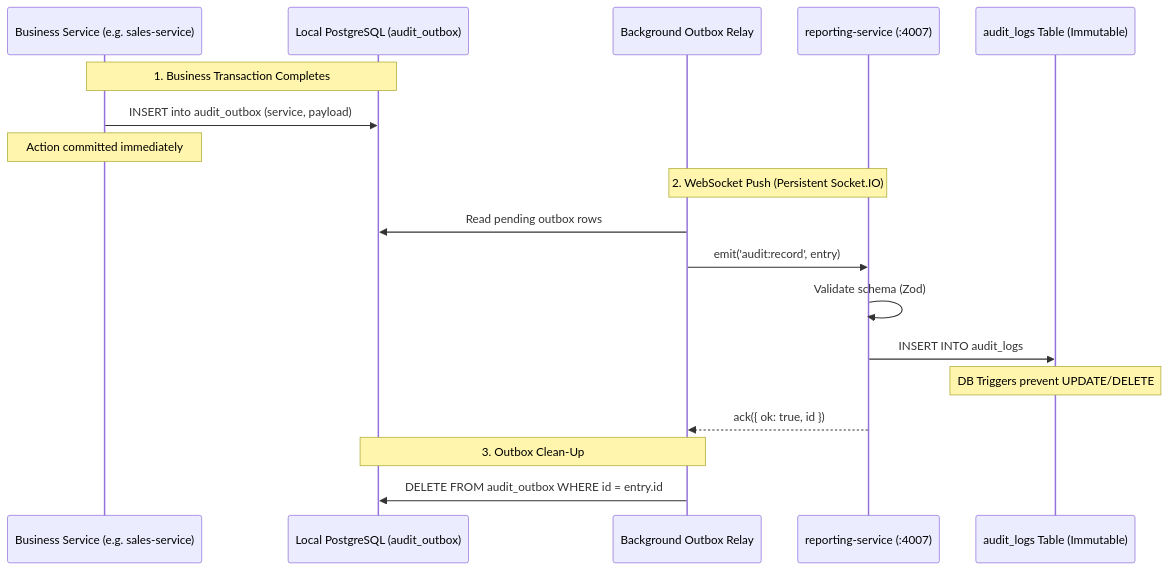
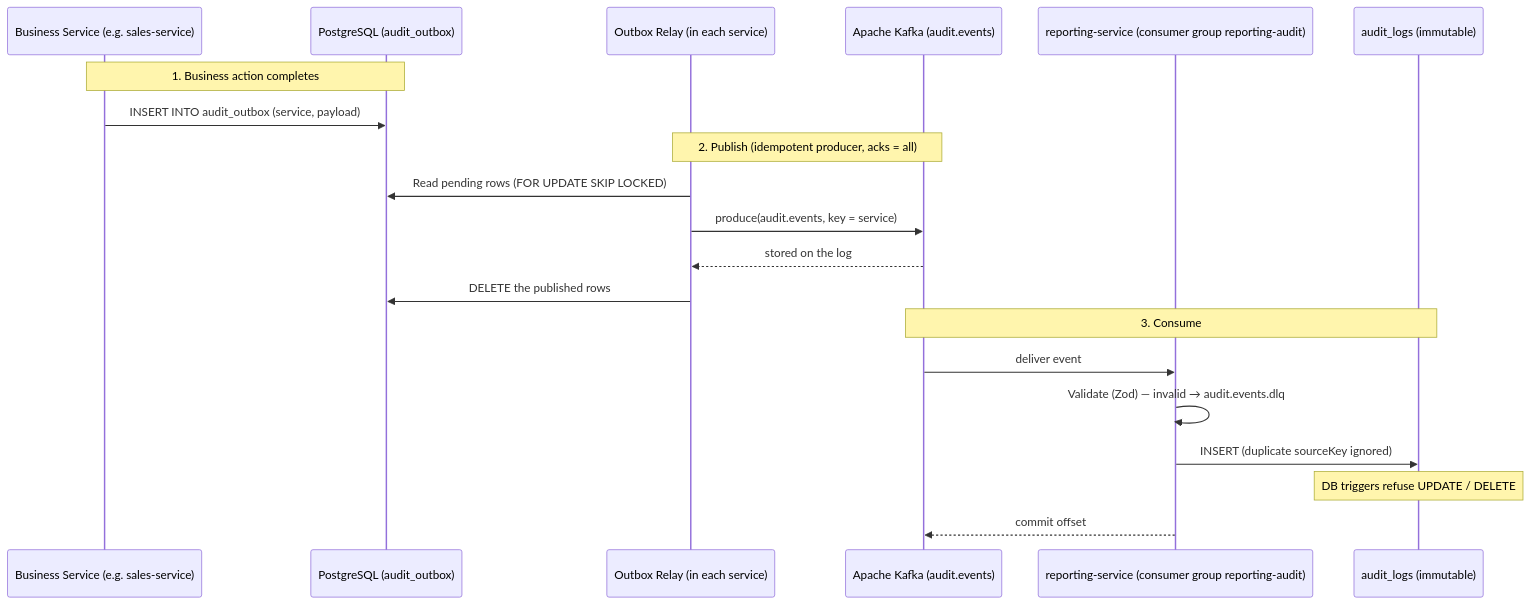
Before and after one commit to Amir3356/Multi-Branch-Supermarket-Inventory-Management-System: the second of 3 diagrams in README.md, drawn with Mermaid. The commit also changed other lines of this file and 157 other files, not shown here.

````diff
--- a/README.md
+++ b/README.md
@@ -187,23 +225,25 @@
 ```mermaid
 sequenceDiagram
     participant S as Business Service (e.g. sales-service)
-    participant DB as Local PostgreSQL (audit_outbox)
-    participant Relay as Background Outbox Relay
-    participant RS as reporting-service (:4007)
-    participant AL as audit_logs Table (Immutable)
+    participant DB as PostgreSQL (audit_outbox)
+    participant Relay as Outbox Relay (in each service)
+    participant K as Apache Kafka (audit.events)
+    participant RS as reporting-service (consumer group reporting-audit)
+    participant AL as audit_logs (immutable)
 
-    Note over S,DB: 1. Business Transaction Completes
-    S->>DB: INSERT into audit_outbox (service, payload)
-    Note over S: Action committed immediately
+    Note over S,DB: 1. Business action completes
+    S->>DB: INSERT INTO audit_outbox (service, payload)
 
-    Note over Relay,RS: 2. WebSocket Push (Persistent Socket.IO)
-    Relay->>DB: Read pending outbox rows
-    Relay->>RS: emit('audit:record', entry)
-    RS->>RS: Validate schema (Zod)
-    RS->>AL: INSERT INTO audit_logs
-    Note over AL: DB Triggers prevent UPDATE/DELETE
-    RS-->>Relay: ack({ ok: true, id })
+    Note over Relay,K: 2. Publish (idempotent producer, acks = all)
+    Relay->>DB: Read pending rows (FOR UPDATE SKIP LOCKED)
+    Relay->>K: produce(audit.events, key = service)
+    K-->>Relay: stored on the log
+    Relay->>DB: DELETE the published rows
 
-    Note over Relay,DB: 3. Outbox Clean-Up
-    Relay->>DB: DELETE FROM audit_outbox WHERE id = entry.id
+    Note over K,AL: 3. Consume
+    K->>RS: deliver event
+    RS->>RS: Validate (Zod) — invalid → audit.events.dlq
+    RS->>AL: INSERT (duplicate sourceKey ignored)
+    Note over AL: DB triggers refuse UPDATE / DELETE
+    RS-->>K: commit offset
 ```
````
